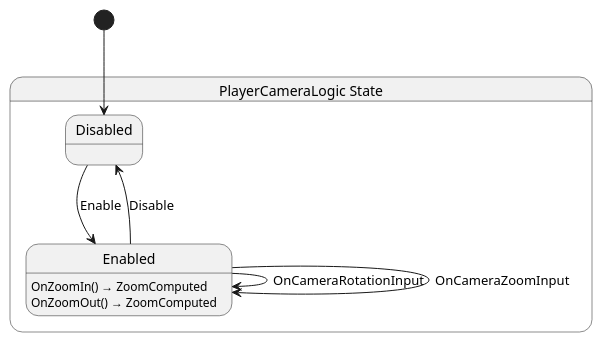
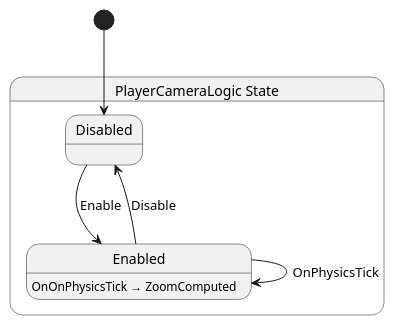
The diagram in Scripts/Drone/PlayerCamera/State/PlayerCameraLogic.g.puml (SkyValor/rescue-drone), drawn with PlantUML before and after one commit. The commit also changed 16 other files, not shown here.

Commit message:
Added mouse and analog stick sensitivity configurations for the camera rotation implementation in the PlayerCameraLogic. Refactored code to use the new approach of InputComponent.

```diff
--- a/Scripts/Drone/PlayerCamera/State/PlayerCameraLogic.g.puml
+++ b/Scripts/Drone/PlayerCamera/State/PlayerCameraLogic.g.puml
@@ -1,16 +1,14 @@
 @startuml PlayerCameraLogic
 state "PlayerCameraLogic State" as RescueDrone_PlayerCameraLogic_State {
   state "Disabled" as RescueDrone_PlayerCameraLogic_State_Disabled
   state "Enabled" as RescueDrone_PlayerCameraLogic_State_Enabled
 }
 
 RescueDrone_PlayerCameraLogic_State_Disabled --> RescueDrone_PlayerCameraLogic_State_Enabled : Enable
 RescueDrone_PlayerCameraLogic_State_Enabled --> RescueDrone_PlayerCameraLogic_State_Disabled : Disable
-RescueDrone_PlayerCameraLogic_State_Enabled --> RescueDrone_PlayerCameraLogic_State_Enabled : OnCameraRotationInput
-RescueDrone_PlayerCameraLogic_State_Enabled --> RescueDrone_PlayerCameraLogic_State_Enabled : OnCameraZoomInput
+RescueDrone_PlayerCameraLogic_State_Enabled --> RescueDrone_PlayerCameraLogic_State_Enabled : OnPhysicsTick
 
-RescueDrone_PlayerCameraLogic_State_Enabled : OnZoomIn() → ZoomComputed
-RescueDrone_PlayerCameraLogic_State_Enabled : OnZoomOut() → ZoomComputed
+RescueDrone_PlayerCameraLogic_State_Enabled : OnOnPhysicsTick → ZoomComputed
 
 [*] --> RescueDrone_PlayerCameraLogic_State_Disabled
 @enduml
```
